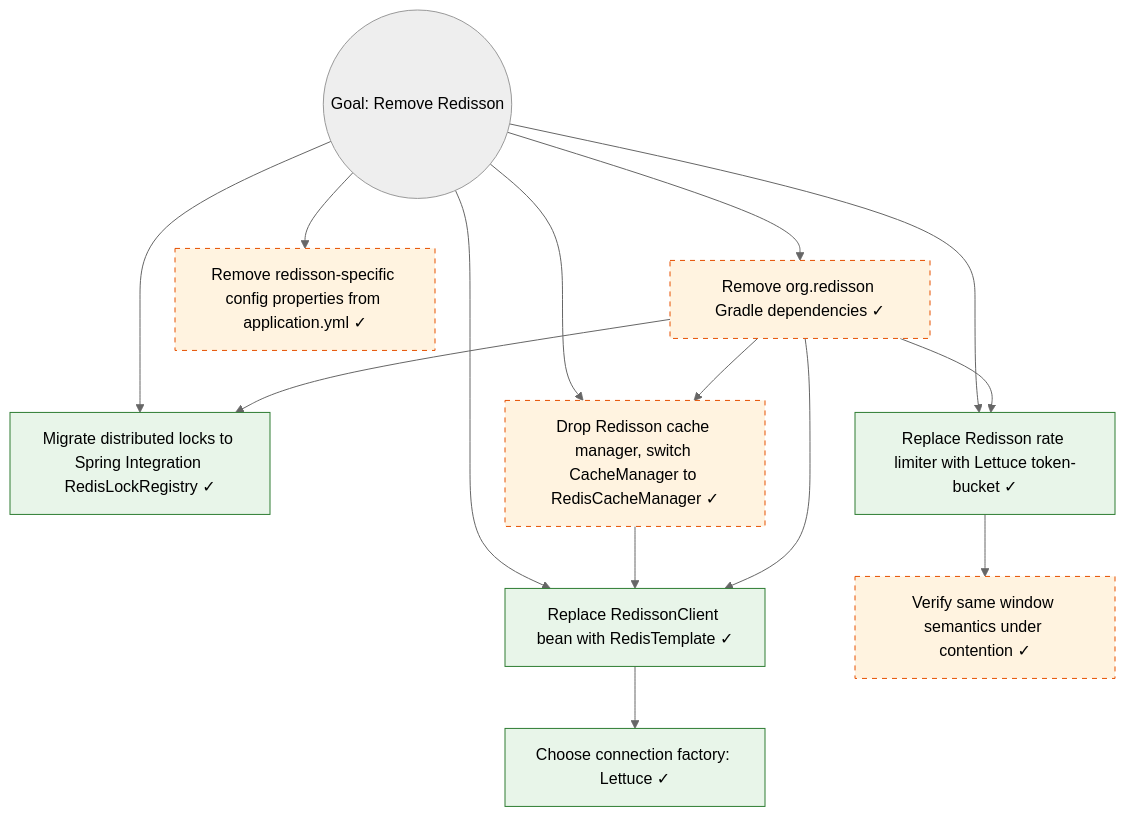
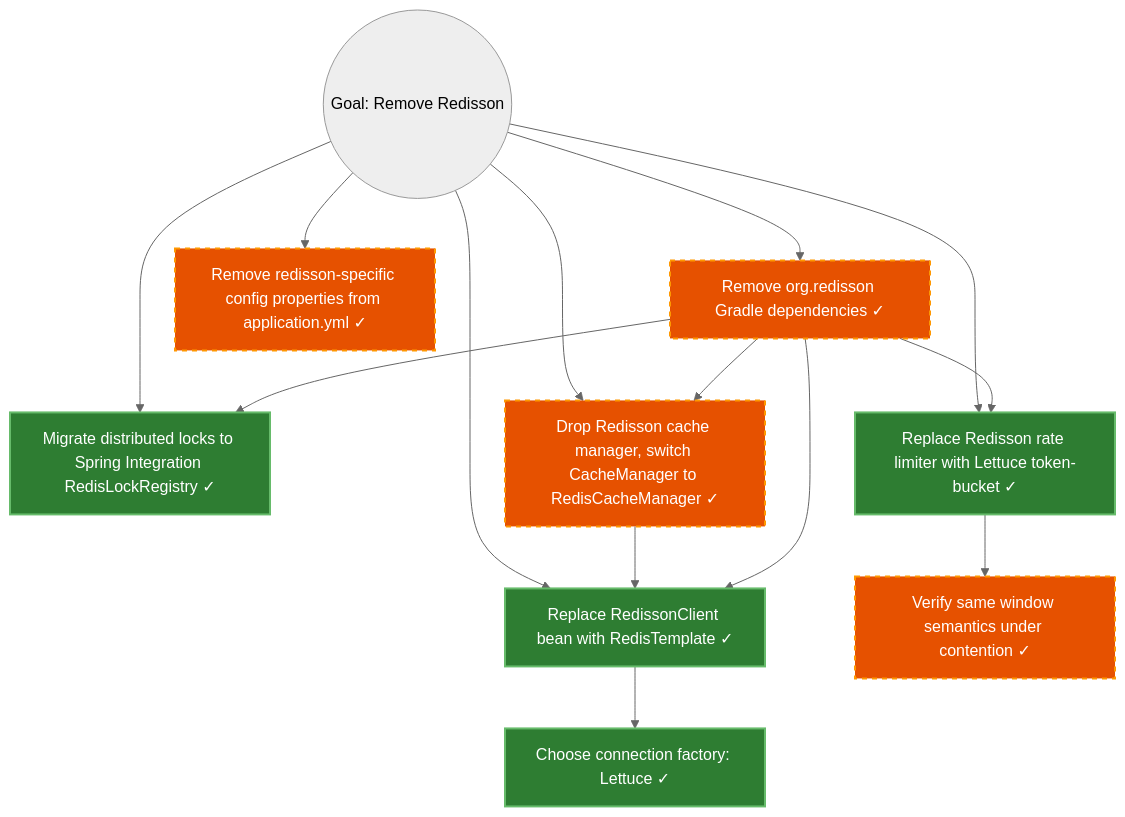
Before and after one commit to vordimous/mikado-skills: the diagram in examples/worked-goal/remove-redisson.md, drawn with Mermaid (neutral theme). The commit also changed 4 other files, not shown here.

First line of the commit message:
chore(release): 0.3.2 fix permission pattern format and Mermaid dark-mode contrast

````diff
--- a/examples/worked-goal/remove-redisson.md
+++ b/examples/worked-goal/remove-redisson.md
@@ -45,22 +45,22 @@
 ```mermaid
 graph TD
   G((Goal: Remove Redisson))
   G --> P1[Replace RedissonClient bean with RedisTemplate ✓]
   P1 --> P1a[Choose connection factory: Lettuce ✓]
   G --> P2[Migrate distributed locks to Spring Integration RedisLockRegistry ✓]
   G --> P3[Replace Redisson rate limiter with Lettuce token-bucket ✓]
   P3 --> P3a[Verify same window semantics under contention ✓]
   G --> P4[Drop Redisson cache manager, switch CacheManager to RedisCacheManager ✓]
   P4 --> P1
   G --> P5[Remove org.redisson Gradle dependencies ✓]
   P5 --> P1
   P5 --> P2
   P5 --> P3
   P5 --> P4
   G --> P6[Remove redisson-specific config properties from application.yml ✓]
 
-  classDef observed fill:#e8f5e9,stroke:#2e7d32
-  classDef anticipated fill:#fff3e0,stroke:#e65100,stroke-dasharray: 5 5
+  classDef observed fill:#2e7d32,stroke:#66bb6a,stroke-width:2px,color:#ffffff
+  classDef anticipated fill:#e65100,stroke:#ff9800,stroke-width:2px,color:#ffffff,stroke-dasharray:5 5
   class P1,P1a,P2,P3 observed
   class P3a,P4,P5,P6 anticipated
 ```
````
